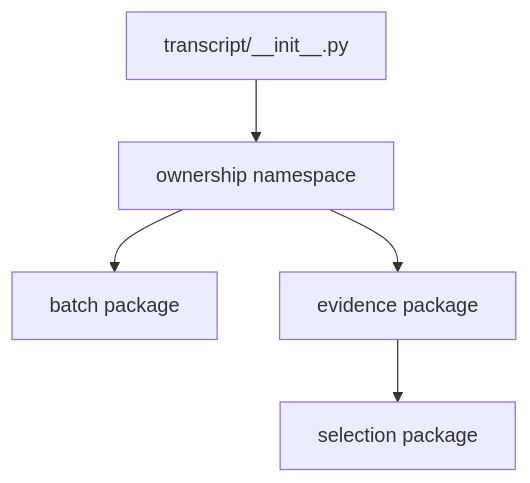
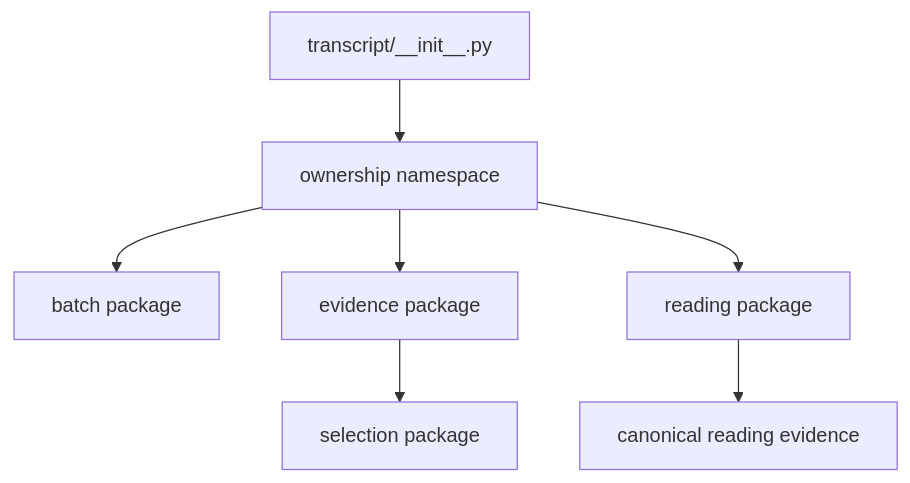
One commit to eragasa/projectkoios-ingestion changed the diagram in docs/architecture/projectkoios/ingestion/transcript/implementation.md. Above: the diagram before and after it, drawn with Mermaid. The commit also changed other lines of this file and 142 other files, not shown here.

Commit message:
docs: define clean reading evidence architecture

````diff
--- a/docs/architecture/projectkoios/ingestion/transcript/implementation.md
+++ b/docs/architecture/projectkoios/ingestion/transcript/implementation.md
@@ -8,7 +5,9 @@
 ```mermaid
 flowchart TD
     Init["transcript/__init__.py"] --> Namespace["ownership namespace"]
     Namespace --> Batch["batch package"]
     Namespace --> Evidence["evidence package"]
     Evidence --> Selection["selection package"]
+    Namespace --> Reading["reading package"]
+    Reading --> ReadingEvidence["canonical reading evidence"]
 ```
````
